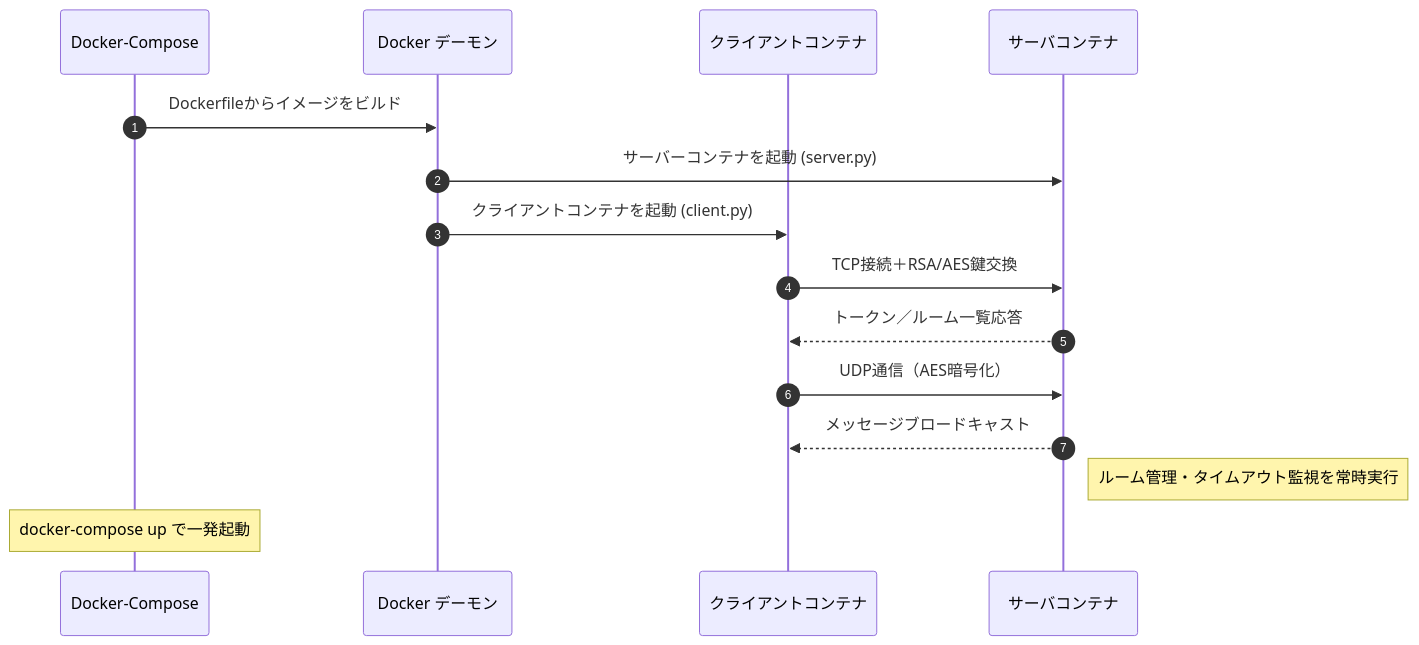
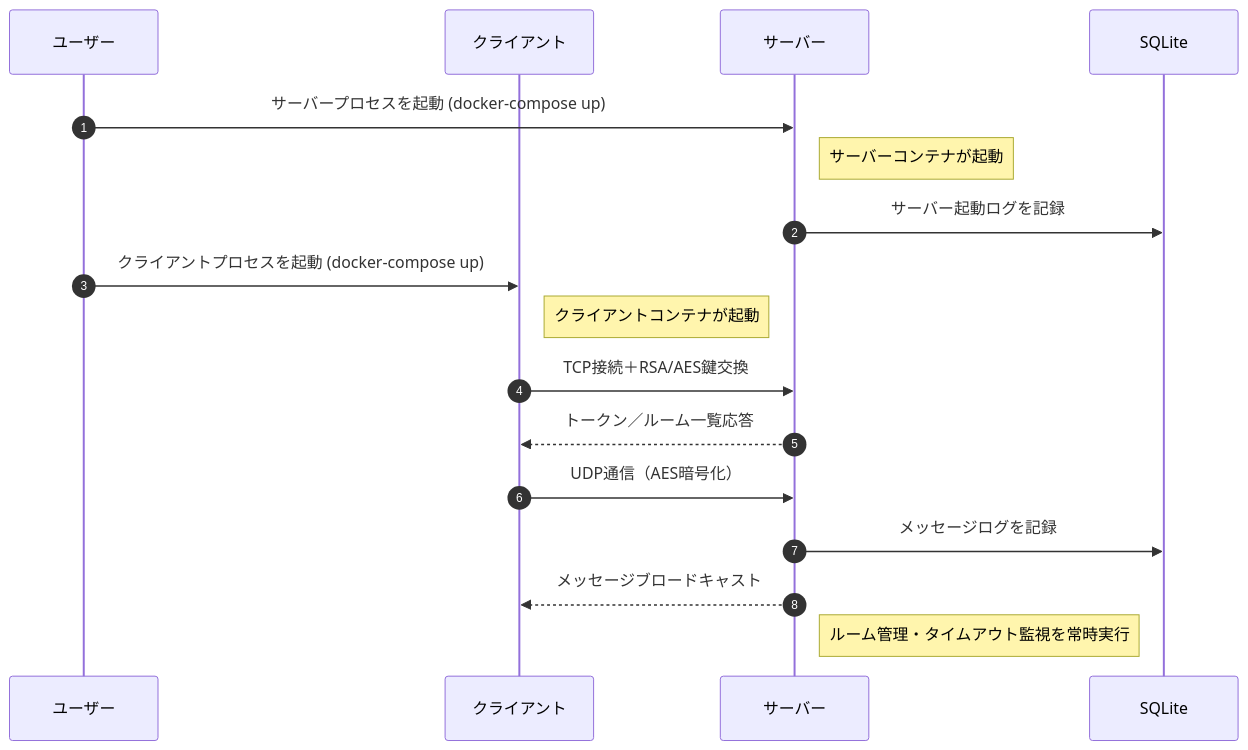
One commit to BackendExplorer/Online-Chat-Service changed the second of 3 diagrams in README.md. Above: the diagram before and after it, drawn with Mermaid. The commit also changed other lines of this file and 3 other files, not shown here.

````diff
--- a/README.md
+++ b/README.md
@@ -234,25 +243,28 @@
 ```mermaid
 sequenceDiagram
     autonumber
-    participant Compose as Docker-Compose
-    participant Docker as Docker デーモン
-    participant ClientContainer as クライアントコンテナ
-    participant ServerContainer as サーバコンテナ
 
-    %% コンテナ起動フロー
-    Compose ->> Docker: Dockerfileからイメージをビルド
-    Docker ->> ServerContainer: サーバーコンテナを起動 (server.py)
-    Docker ->> ClientContainer: クライアントコンテナを起動 (client.py)
+    participant ユーザー
+    participant クライアント
+    participant サーバー
+    participant SQLite
+
+    %% 起動フロー
+    ユーザー ->> サーバー: サーバープロセスを起動 (docker-compose up)
+    note right of サーバー: サーバーコンテナが起動
+    サーバー ->> SQLite: サーバー起動ログを記録
+    
+    ユーザー ->> クライアント: クライアントプロセスを起動 (docker-compose up)
+    note right of クライアント: クライアントコンテナが起動
 
     %% メッセージ交換
-    ClientContainer ->> ServerContainer: TCP接続＋RSA/AES鍵交換
-    ServerContainer -->> ClientContainer: トークン／ルーム一覧応答
-    ClientContainer ->> ServerContainer: UDP通信（AES暗号化）
-    ServerContainer -->> ClientContainer: メッセージブロードキャスト
+    クライアント ->> サーバー: TCP接続＋RSA/AES鍵交換
+    サーバー -->> クライアント: トークン／ルーム一覧応答
+    
+    クライアント ->> サーバー: UDP通信（AES暗号化）
+    サーバー ->> SQLite: メッセージログを記録
+    サーバー -->> クライアント: メッセージブロードキャスト
 
-    %% クライアント内フロー (コンテナ内)
-    note right of ServerContainer: ルーム管理・タイムアウト監視を常時実行
-    note over Compose: docker-compose up で一発起動
-    
-
+    %% サーバー内部の継続処理
+    note right of サーバー: ルーム管理・タイムアウト監視を常時実行
 ```
````
